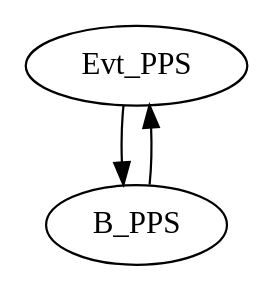
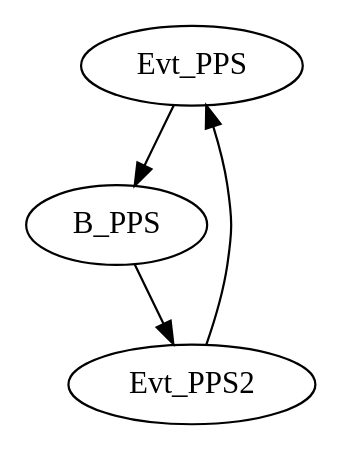
One commit to GSI-CS-CO/bel_projects changed the diagram in modules/ftm/ftmx86/pps.dot. Above: the diagram before and after it, drawn with Graphviz. The commit also changed 19 other files, not shown here.

```diff
--- a/modules/ftm/ftmx86/pps.dot
+++ b/modules/ftm/ftmx86/pps.dot
@@ -1,20 +1,22 @@
 digraph g {
 name="PPS_Test";
 
 graph []
 edge  [type="defdst"]
 //node [qLo="1", qHi="1", qIl="1"];
 
 subgraph cpu2 {
   node  [cpu="0"];
 
 
-  Evt_PPS   [type="tmsg",   toffs=          0,   fid=2, gid=5, evtno=205, sid=2, bpid=8, par="0x123"];
-  B_PPS     [type="block",  tperiod=1000000000];
-  Evt_PPS   -> B_PPS -> Evt_PPS;
+  Evt_PPS   [type="tmsg",  pattern="P1", beamproc="B1", patentry="1", bpentry="1", toffs=          0,   fid=1, gid=5, evtno=205, sid=2, bpid=8, par="0x123"];
+  Evt_PPS2  [type="tmsg",  pattern="P2", beamproc="B2", toffs=          0,   fid=0, gid=5, evtno=205, sid=2, bpid=8, par="0x123"];
+
+  B_PPS     [type="block", pattern="P3", beamproc="B3", patexit="1", bpexit="1", tperiod=1000000000];
+  Evt_PPS   -> B_PPS -> Evt_PPS2 -> Evt_PPS;
 
 }
 
 
 
 }
```
